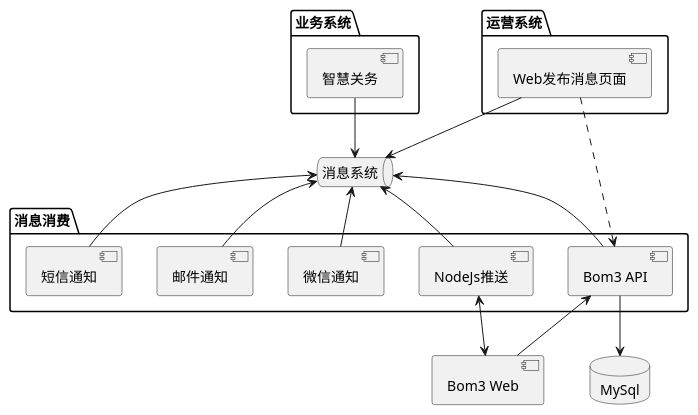
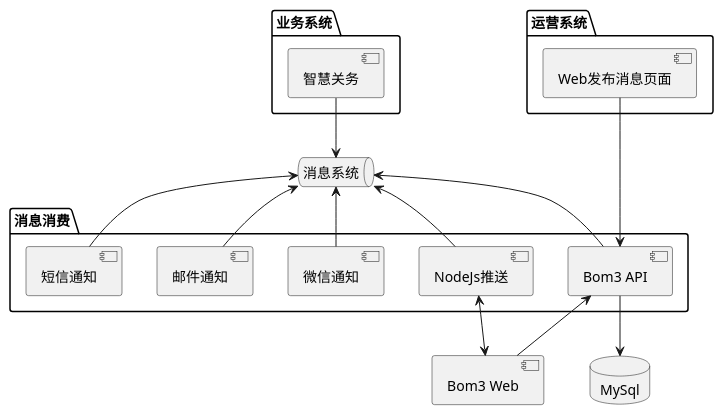
One commit to warriorg/notes changed the diagram in dot/NoticeMessage.puml. Above: the diagram before and after it, drawn with PlantUML. The commit also changed 10 other files, not shown here.

```diff
--- a/dot/NoticeMessage.puml
+++ b/dot/NoticeMessage.puml
@@ -1,38 +1,36 @@
 @startuml
 
 package "运营系统" {
   [Web发布消息页面]
 } 
 
 package "业务系统" {
    [智慧关务]
 }
 
 queue 消息系统 
 
 package "消息消费" {
   [NodeJs推送]
   [Bom3 API]
   [邮件通知]
   [短信通知]
   [微信通知]
 }
  
 database "MySql" {
 }
 
-
-[Web发布消息页面] --> [消息系统]
 [智慧关务] --> 消息系统
 消息系统 <-- [NodeJs推送]
 消息系统 <-- [Bom3 API]
 消息系统 <-- [邮件通知]
 消息系统 <-- [短信通知]
 消息系统 <-- [微信通知]
 [Bom3 API] --> MySql
 [Bom3 API] <-- [Bom3 Web] 
 [NodeJs推送] <--> [Bom3 Web] 
 
-[Web发布消息页面] ..> [Bom3 API] 
+[Web发布消息页面] ---> [Bom3 API] 
 
 @enduml
```
